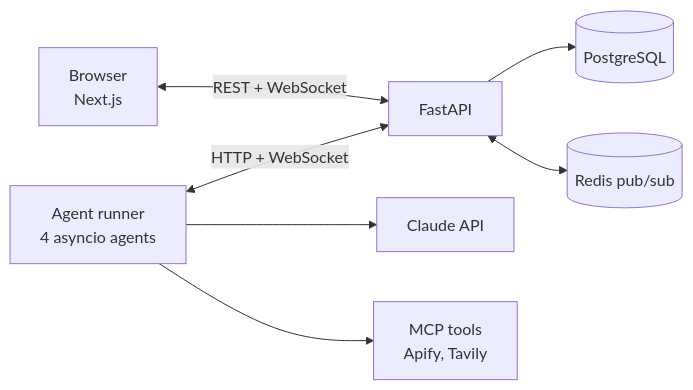
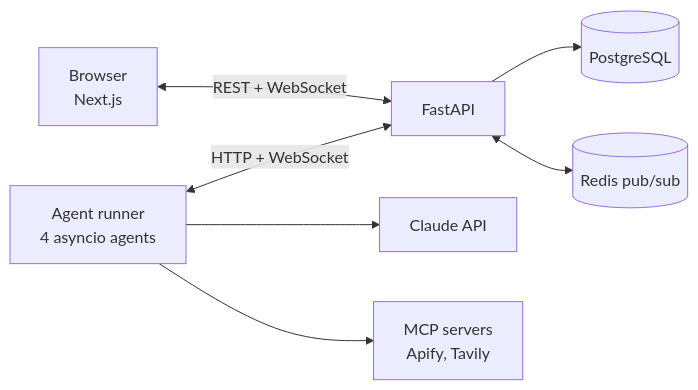
One commit to sparkling-snail/sparkling-snail.github.io changed the diagram in content/projects/penguinhq.md. Above: the diagram before and after it, drawn with Mermaid. The commit also changed other lines of this file and 5 other files, not shown here.

````diff
--- a/content/projects/penguinhq.md
+++ b/content/projects/penguinhq.md
@@ -30,9 +32,9 @@
 ```mermaid
 flowchart LR
     B[Browser<br/>Next.js] <-->|REST + WebSocket| A[FastAPI]
     A --> P[(PostgreSQL)]
     A <--> R[(Redis pub/sub)]
     AR[Agent runner<br/>4 asyncio agents] <-->|HTTP + WebSocket| A
     AR --> C[Claude API]
-    AR --> M[MCP tools<br/>Apify, Tavily]
+    AR --> M[MCP servers<br/>Apify, Tavily]
 ```
````
